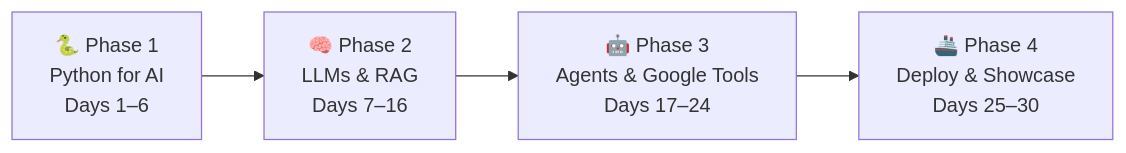
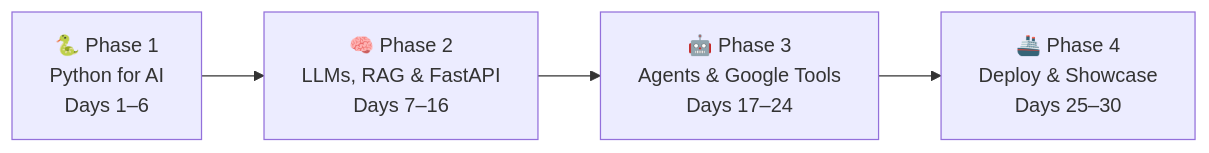
The diagram in 30_day_ai_engineering_roadmap.md (SuisSanem000/me_and_google_ai), drawn with Mermaid before and after one commit. The commit also changed other lines of this file, not shown here.

Commit message:
Revise 30-day roadmap: add FastAPI, Pydantic, OpenAI, HuggingFace, Docker, fix Genkit to JS, add web frontend days

````diff
--- a/30_day_ai_engineering_roadmap.md
+++ b/30_day_ai_engineering_roadmap.md
@@ -23,6 +59,6 @@
 ```mermaid
 graph LR
-    A["🐍 Phase 1<br/>Python for AI<br/>Days 1–6"] --> B["🧠 Phase 2<br/>LLMs & RAG<br/>Days 7–16"]
+    A["🐍 Phase 1<br/>Python for AI<br/>Days 1–6"] --> B["🧠 Phase 2<br/>LLMs, RAG & FastAPI<br/>Days 7–16"]
     B --> C["🤖 Phase 3<br/>Agents & Google Tools<br/>Days 17–24"]
     C --> D["🚢 Phase 4<br/>Deploy & Showcase<br/>Days 25–30"]
 ```
````
